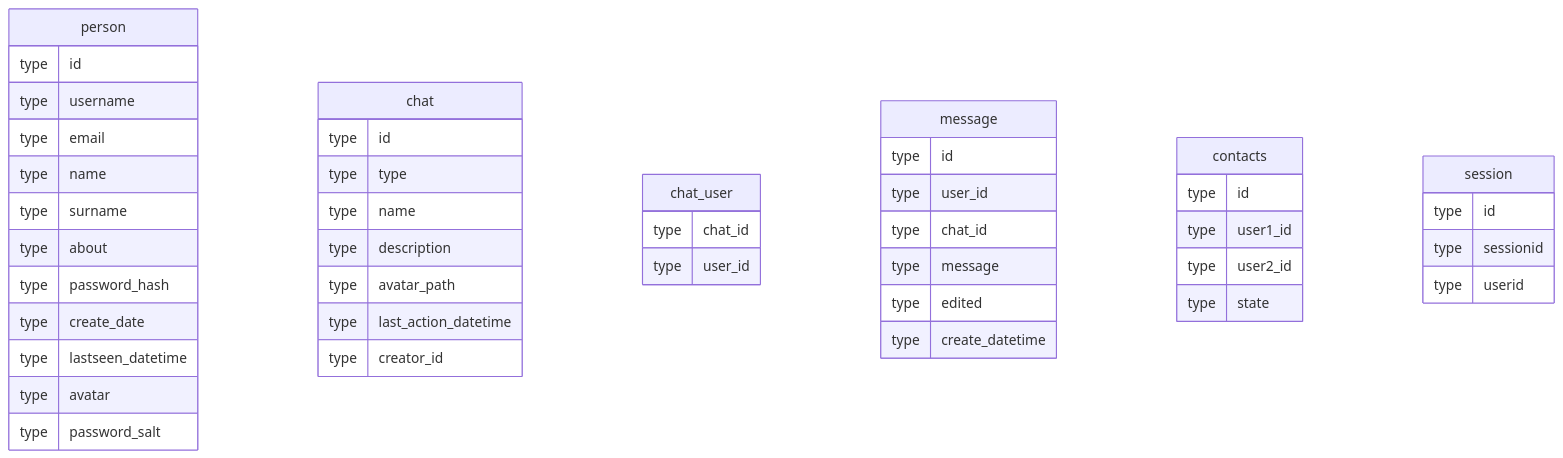
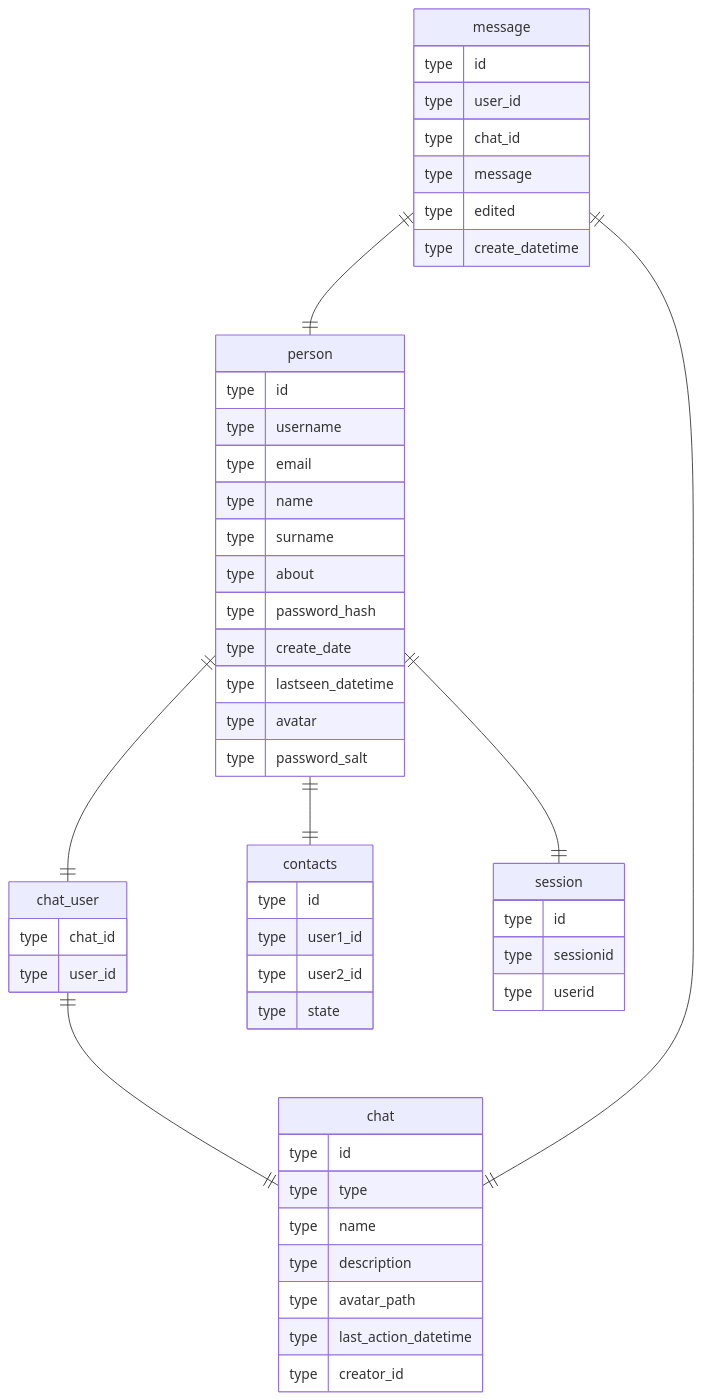
One commit to go-park-mail-ru/2024_1_commandName changed the diagram in db/normalized/relations.md. Above: the diagram before and after it, drawn with Mermaid. The commit also changed other lines of this file, not shown here.

Commit message:
Added relationship to diagram

````diff
--- a/db/normalized/relations.md
+++ b/db/normalized/relations.md
@@ -1,53 +3,59 @@
 ```mermaid
 erDiagram
-    
     person {
         type id
         type username
         type email
         type name
         type surname
         type about
         type password_hash
         type create_date
         type lastseen_datetime
         type avatar
         type password_salt
     }
     
     chat {
         type id
         type type
         type name
         type description
         type avatar_path
         type last_action_datetime
         type creator_id
     }
     
     chat_user {
         type chat_id
         type user_id
     }
     
     message {
         type id  
         type user_id
         type chat_id
         type message
         type edited
         type create_datetime
     }
     contacts {
         type id
         type user1_id
         type user2_id
         type state
     }
     
     session {
         type id
         type sessionid
         type userid
-    }    
+    }
+    
+     person ||--|| chat_user : ""
+     chat_user ||--|| chat : ""
+     message ||--|| chat : ""
+     message ||--|| person : ""
+     person ||--|| contacts : ""
+     person ||--|| session : ""
 ```
````
